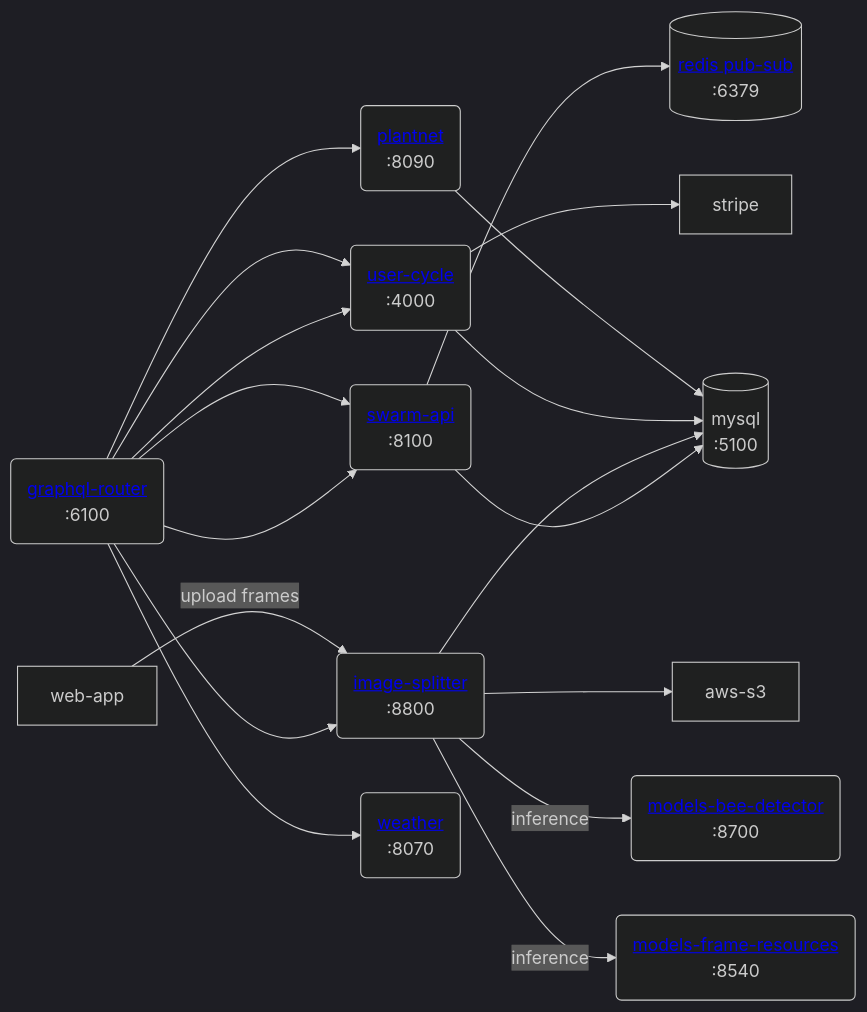
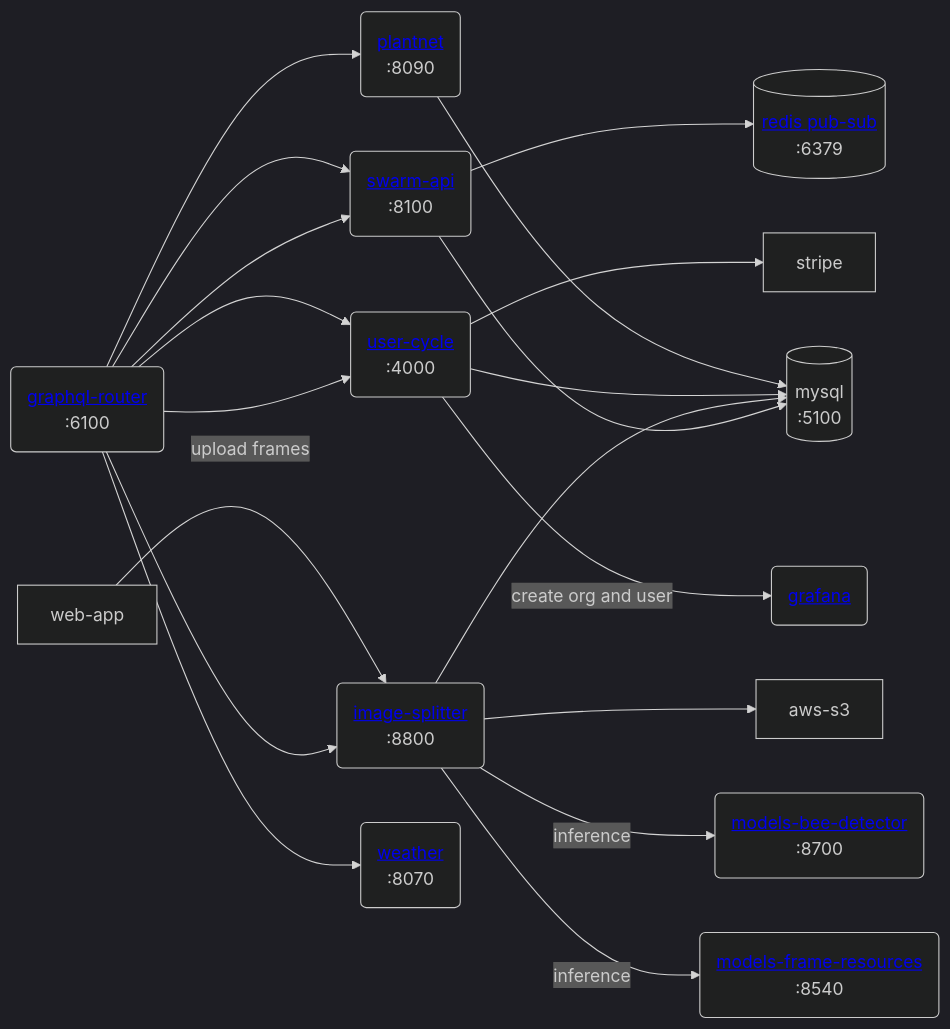
The second of 2 diagrams in docs/📱 Web-app/📱 Web-app.md (Gratheon/website), drawn with Mermaid (dark theme) before and after one commit. The commit also changed 2 other files, not shown here.

````diff
--- a/docs/📱 Web-app/📱 Web-app.md
+++ b/docs/📱 Web-app/📱 Web-app.md
@@ -45,17 +45,18 @@
 ```mermaid
 flowchart LR
 	graphql-router("<a href='https://github.com/Gratheon/graphql-router'>graphql-router</a>\n :6100") --> swarm-api("<a href='https://github.com/Gratheon/swarm-api'>swarm-api</a>\n:8100") --> mysql[(mysql\n:5100)]
 	graphql-router --> swarm-api --> redis[("<a href='https://github.com/Gratheon/redis'>redis pub-sub</a>\n:6379")]
 
 	graphql-router --> image-splitter("<a href='https://github.com/Gratheon/image-splitter'>image-splitter</a>\n:8800") --> mysql
 
 	web-app --"upload frames"--> image-splitter --> aws-s3
 	image-splitter --"inference"--> models-bee-detector("<a href='https://github.com/Gratheon/models-bee-detector'>models-bee-detector</a>\n:8700")
 	image-splitter --"inference"--> models-frame-resources("<a href='https://github.com/Gratheon/models-frame-resources'>models-frame-resources</a>\n:8540")
 	graphql-router --> user-cycle("<a href='https://github.com/Gratheon/user-cycle'>user-cycle</a>\n:4000") --> mysql
 	graphql-router --> user-cycle --> stripe
 	graphql-router --> plantnet("<a href='https://github.com/Gratheon/plantnet'>plantnet</a>\n:8090") --> mysql
 
 	graphql-router --> weather("<a href='https://github.com/Gratheon/weather'>weather</a>\n:8070")
+	user-cycle --"create org and user"--> grafana("<a href='https://github.com/gratheon/grafana'>grafana</a>")
 
 ```
````
